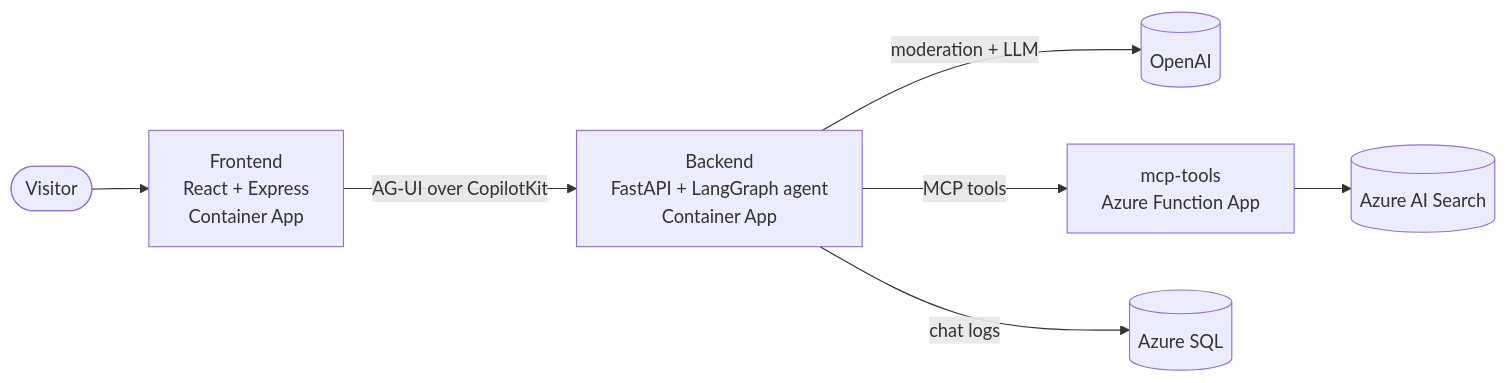
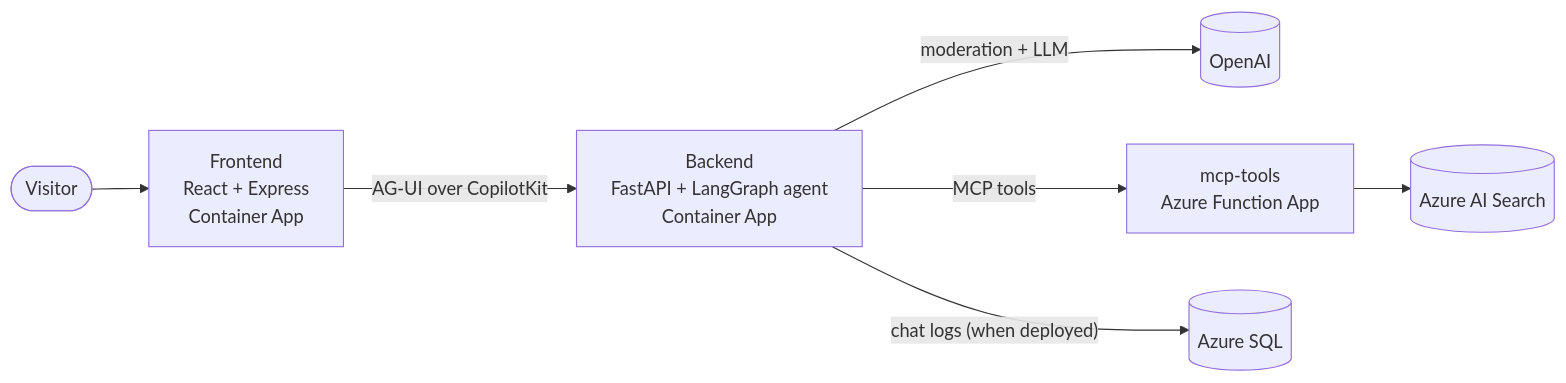
Before and after one commit to Fredheda/Portfolio: the diagram in README.md, drawn with Mermaid. The commit also changed other lines of this file and 3 other files, not shown here.

````diff
--- a/README.md
+++ b/README.md
@@ -20,9 +20,9 @@
 ```mermaid
 flowchart LR
     Visitor([Visitor]) --> Web["Frontend<br/>React + Express<br/>Container App"]
     Web -- "AG-UI over CopilotKit" --> Backend["Backend<br/>FastAPI + LangGraph agent<br/>Container App"]
     Backend -- "moderation + LLM" --> OpenAI[(OpenAI)]
     Backend -- "MCP tools" --> Tools["mcp-tools<br/>Azure Function App"]
     Tools --> Search[(Azure AI Search)]
-    Backend -- "chat logs" --> SQL[(Azure SQL)]
+    Backend -- "chat logs (when deployed)" --> SQL[(Azure SQL)]
 ```
````
